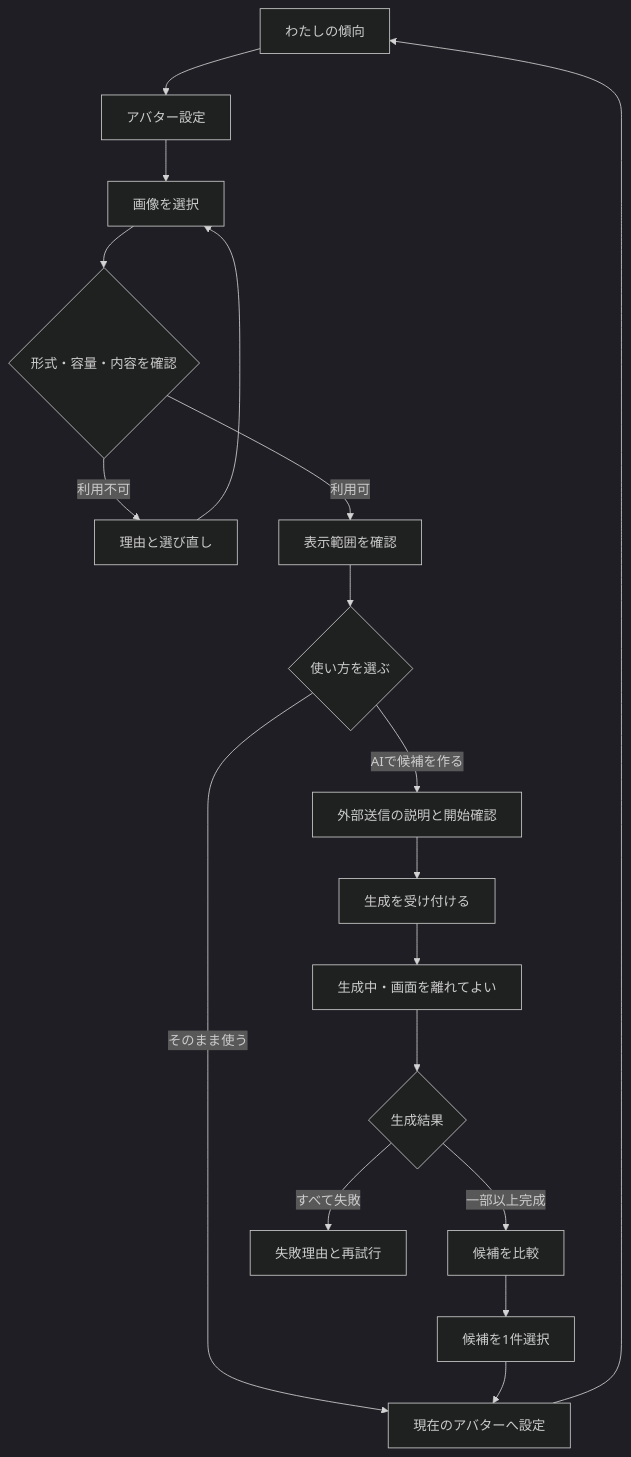
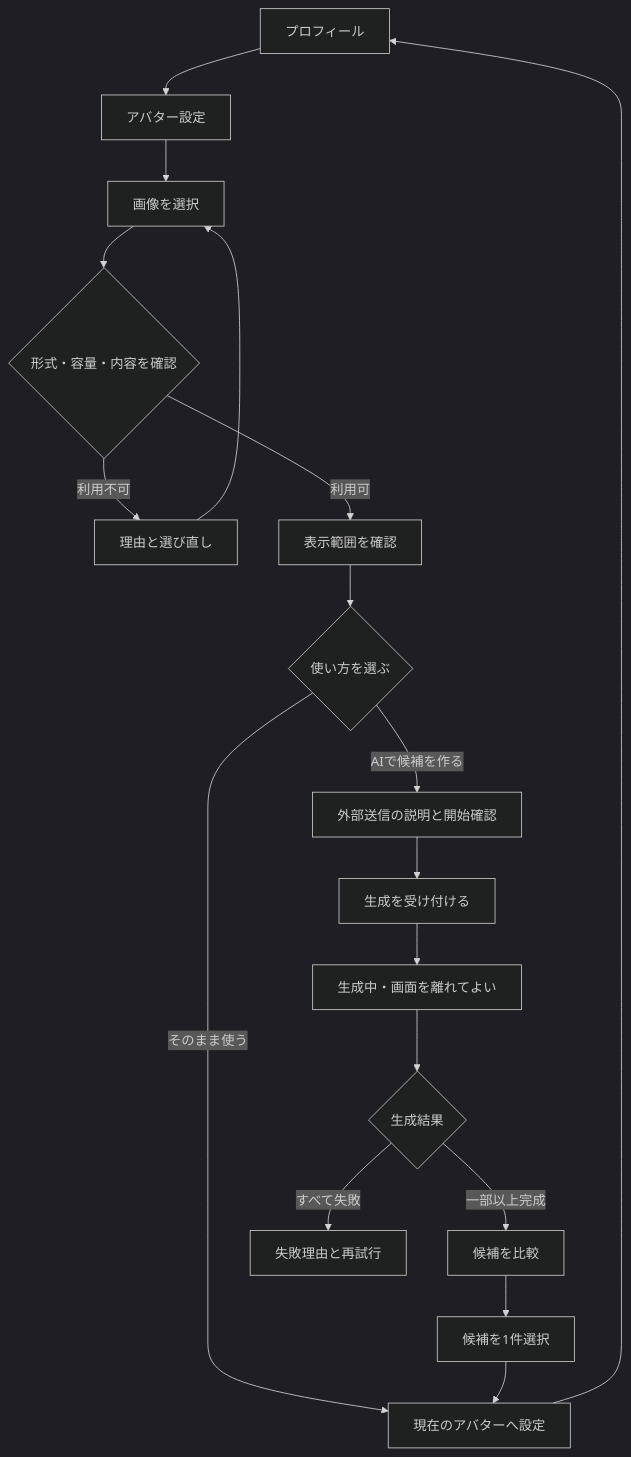
One commit to kkyosuke/me-builder changed the first of 4 diagrams in docs/product/avatar-experience.md. Above: the diagram before and after it, drawn with Mermaid (dark theme). The commit also changed other lines of this file and 6 other files, not shown here.

````diff
--- a/docs/product/avatar-experience.md
+++ b/docs/product/avatar-experience.md
@@ -104,20 +106,20 @@
 ```mermaid
 flowchart TD
-    P[わたしの傾向] --> S[アバター設定]
+    P[プロフィール] --> S[アバター設定]
     S --> U[画像を選択]
     U --> V{形式・容量・内容を確認}
     V -->|利用不可| UE[理由と選び直し]
     UE --> U
     V -->|利用可| C[表示範囲を確認]
     C --> D{使い方を選ぶ}
     D -->|そのまま使う| A[現在のアバターへ設定]
     D -->|AIで候補を作る| X[外部送信の説明と開始確認]
     X --> J[生成を受け付ける]
     J --> W[生成中・画面を離れてよい]
     W --> R{生成結果}
     R -->|一部以上完成| G[候補を比較]
     R -->|すべて失敗| F[失敗理由と再試行]
     G --> E[候補を1件選択]
     E --> A
     A --> P
 ```
````
